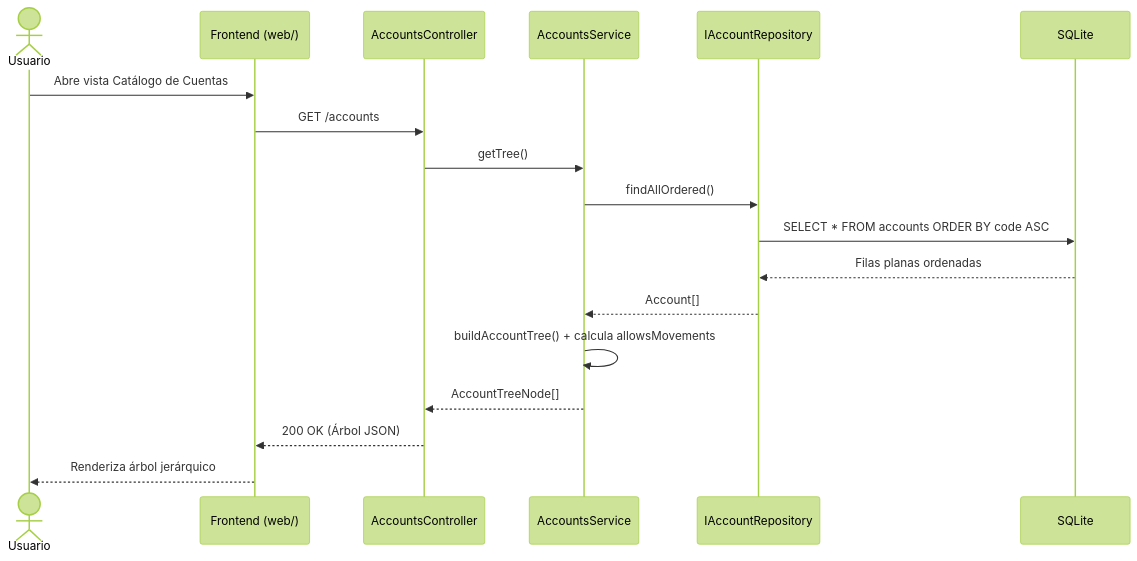
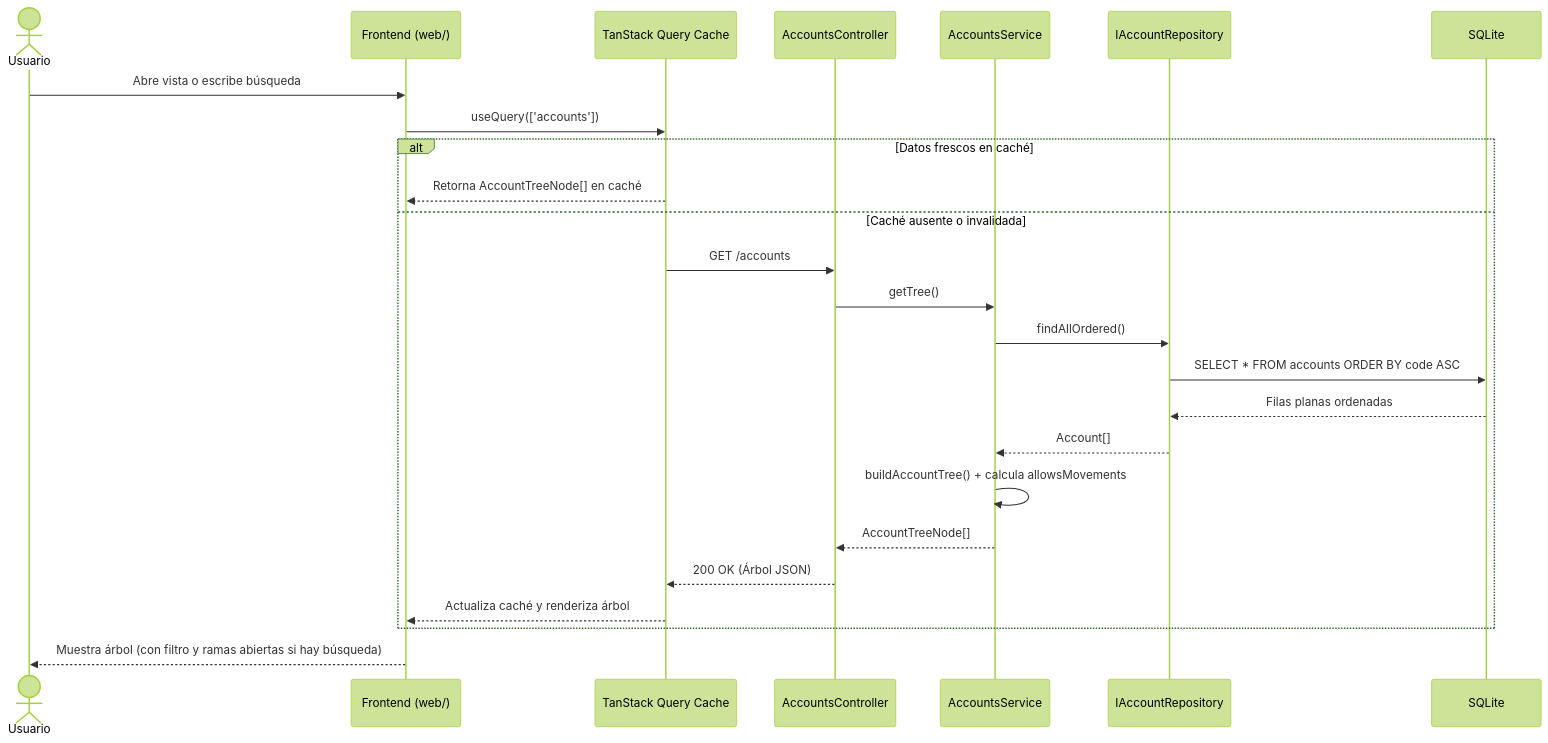
One commit to Lokcis/tech-assessment-starter-fullstack changed the fourth of 6 diagrams in docs/arquitectura.md. Above: the diagram before and after it, drawn with Mermaid (forest theme). The commit also changed other lines of this file and 3 other files, not shown here.

Commit message:
docs: documentar funcionalidades opcionales y contrato PATCH /accounts/:code

````diff
--- a/docs/arquitectura.md
+++ b/docs/arquitectura.md
@@ -185,21 +193,28 @@
 ```mermaid
 sequenceDiagram
     actor U as Usuario
     participant W as Frontend (web/)
+    participant Q as TanStack Query Cache
     participant C as AccountsController
     participant S as AccountsService
     participant R as IAccountRepository
     participant DB as SQLite
 
-    U->>W: Abre vista Catálogo de Cuentas
-    W->>C: GET /accounts
-    C->>S: getTree()
-    S->>R: findAllOrdered()
-    R->>DB: SELECT * FROM accounts ORDER BY code ASC
-    DB-->>R: Filas planas ordenadas
-    R-->>S: Account[]
-    S->>S: buildAccountTree() + calcula allowsMovements
-    S-->>C: AccountTreeNode[]
-    C-->>W: 200 OK (Árbol JSON)
-    W-->>U: Renderiza árbol jerárquico
+    U->>W: Abre vista o escribe búsqueda
+    W->>Q: useQuery(['accounts'])
+    alt Datos frescos en caché
+        Q-->>W: Retorna AccountTreeNode[] en caché
+    else Caché ausente o invalidada
+        Q->>C: GET /accounts
+        C->>S: getTree()
+        S->>R: findAllOrdered()
+        R->>DB: SELECT * FROM accounts ORDER BY code ASC
+        DB-->>R: Filas planas ordenadas
+        R-->>S: Account[]
+        S->>S: buildAccountTree() + calcula allowsMovements
+        S-->>C: AccountTreeNode[]
+        C-->>Q: 200 OK (Árbol JSON)
+        Q-->>W: Actualiza caché y renderiza árbol
+    end
+    W-->>U: Muestra árbol (con filtro y ramas abiertas si hay búsqueda)
 ```
````
